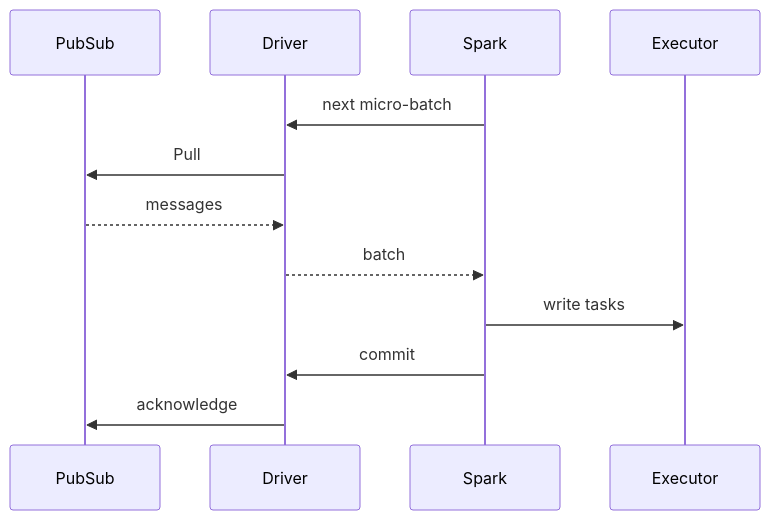
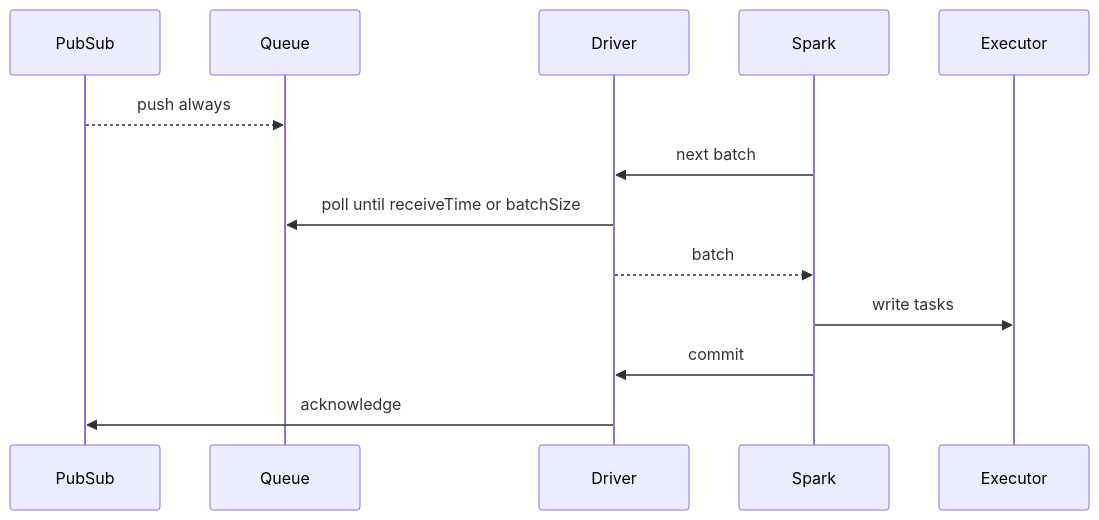
One commit to juarezr/spark-streaming-google-pubsub changed the diagram in README.md. Above: the diagram before and after it, drawn with Mermaid. The commit also changed other lines of this file and 13 other files, not shown here.

First line of the commit message:
feat: implement streaming pull PubSub Subscriber + bounded queue instead of unary Pulls on the driver

````diff
--- a/README.md
+++ b/README.md
@@ -164,14 +163,15 @@
 ```mermaid
 sequenceDiagram
   participant PubSub
+  participant Queue
   participant Driver
   participant Spark
   participant Executor
-  Spark->>Driver: next micro-batch
-  Driver->>PubSub: Pull
-  PubSub-->>Driver: messages
+  PubSub-->>Queue: push always
+  Spark->>Driver: next batch
+  Driver->>Queue: poll until receiveTime or batchSize
   Driver-->>Spark: batch
   Spark->>Executor: write tasks
   Spark->>Driver: commit
   Driver->>PubSub: acknowledge
 ```
````
